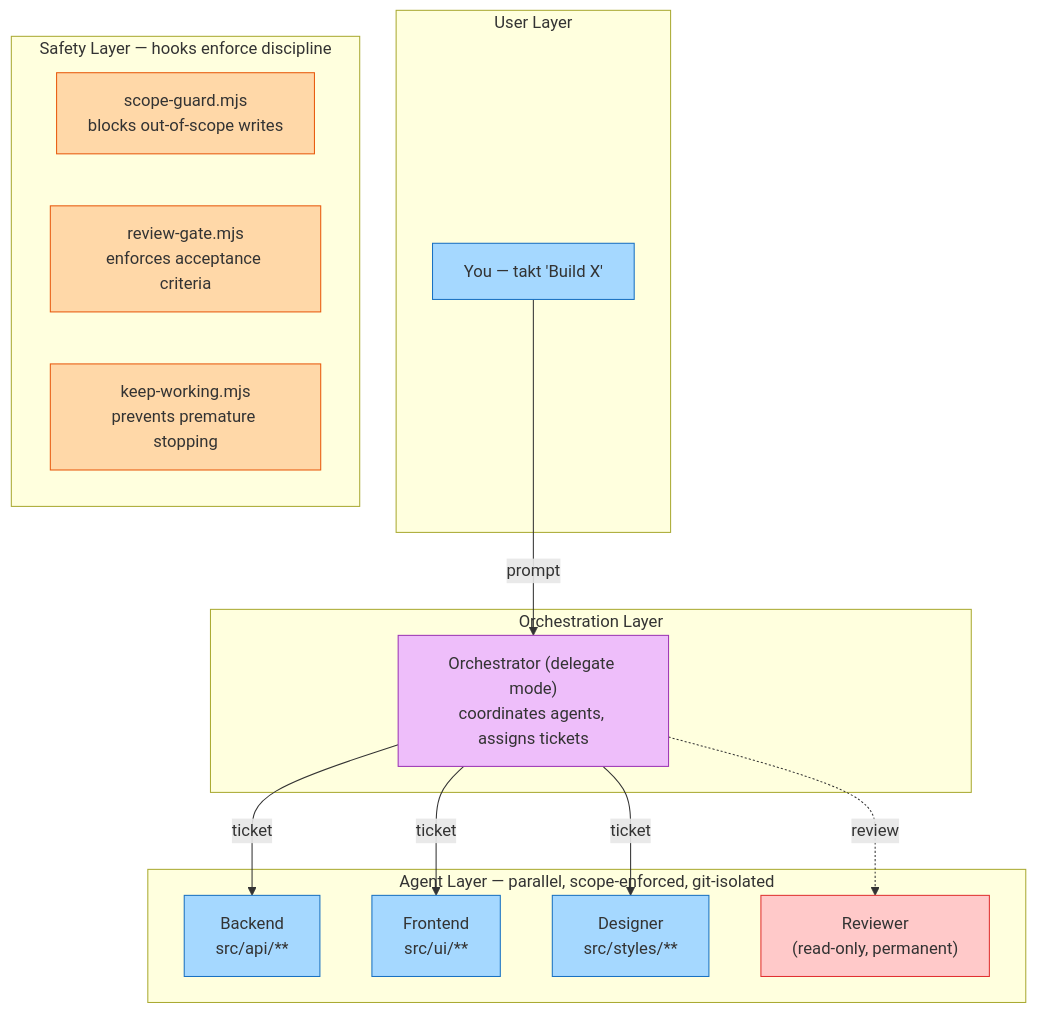
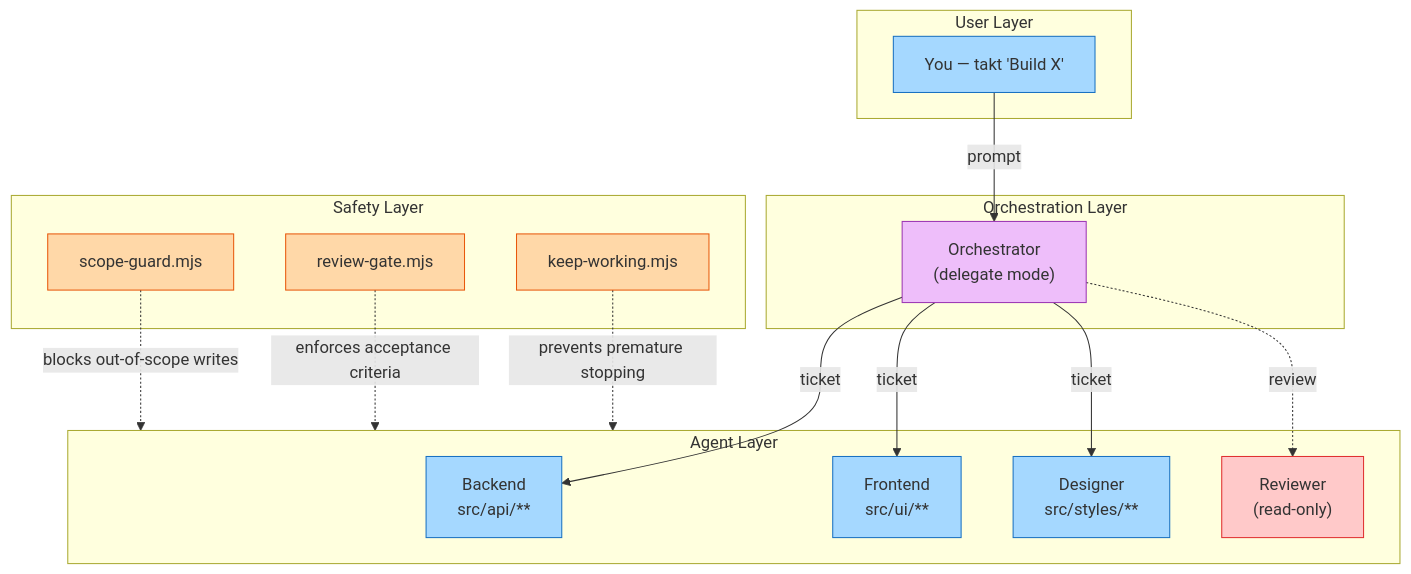
One commit to byseon/Takt changed the diagram in README.md. Above: the diagram before and after it, drawn with Mermaid. The commit also changed other lines of this file and 9 other files, not shown here.

First line of the commit message:
Remove PM agent template, fix mermaid diagram, add agent prefix to ticket filenames

````diff
--- a/README.md
+++ b/README.md
@@ -94,39 +94,43 @@
 ```mermaid
 flowchart TD
     subgraph User["User Layer"]
         U["You — takt 'Build X'"]
     end
 
     subgraph Orch["Orchestration Layer"]
-        O["Orchestrator (delegate mode)\ncoordinates agents, assigns tickets"]
+        O["Orchestrator<br/>(delegate mode)"]
     end
 
-    subgraph Agents["Agent Layer — parallel, scope-enforced, git-isolated"]
-        BE["Backend\nsrc/api/**"]
-        FE["Frontend\nsrc/ui/**"]
-        DE["Designer\nsrc/styles/**"]
-        RE["Reviewer\n(read-only, permanent)"]
+    subgraph Agents["Agent Layer"]
+        BE["Backend<br/>src/api/**"]
+        FE["Frontend<br/>src/ui/**"]
+        DE["Designer<br/>src/styles/**"]
+        RE["Reviewer<br/>(read-only)"]
     end
 
-    subgraph Safety["Safety Layer — hooks enforce discipline"]
-        S1["scope-guard.mjs\nblocks out-of-scope writes"]
-        S2["review-gate.mjs\nenforces acceptance criteria"]
-        S3["keep-working.mjs\nprevents premature stopping"]
+    subgraph Safety["Safety Layer"]
+        S1["scope-guard.mjs"]
+        S2["review-gate.mjs"]
+        S3["keep-working.mjs"]
     end
 
-    U --> |prompt| O
-    O --> |ticket| BE
-    O --> |ticket| FE
-    O --> |ticket| DE
-    O -.-> |review| RE
+    U -->|prompt| O
+    O -->|ticket| BE
+    O -->|ticket| FE
+    O -->|ticket| DE
+    O -.->|review| RE
+
+    S1 -.->|blocks out-of-scope writes| Agents
+    S2 -.->|enforces acceptance criteria| Agents
+    S3 -.->|prevents premature stopping| Agents
 
     style U fill:#a5d8ff,stroke:#1971c2
     style O fill:#eebefa,stroke:#9c36b5
     style BE fill:#a5d8ff,stroke:#1971c2
     style FE fill:#a5d8ff,stroke:#1971c2
     style DE fill:#a5d8ff,stroke:#1971c2
     style RE fill:#ffc9c9,stroke:#e03131
     style S1 fill:#ffd8a8,stroke:#e8590c
     style S2 fill:#ffd8a8,stroke:#e8590c
     style S3 fill:#ffd8a8,stroke:#e8590c
 ```
````
